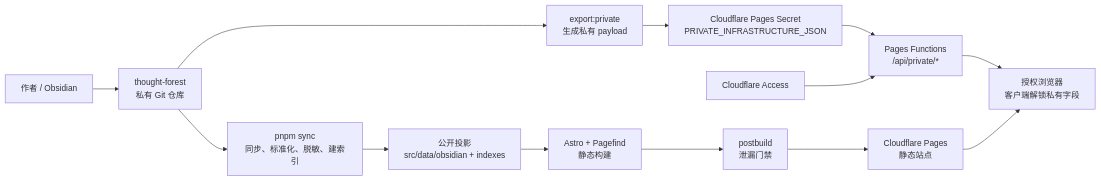
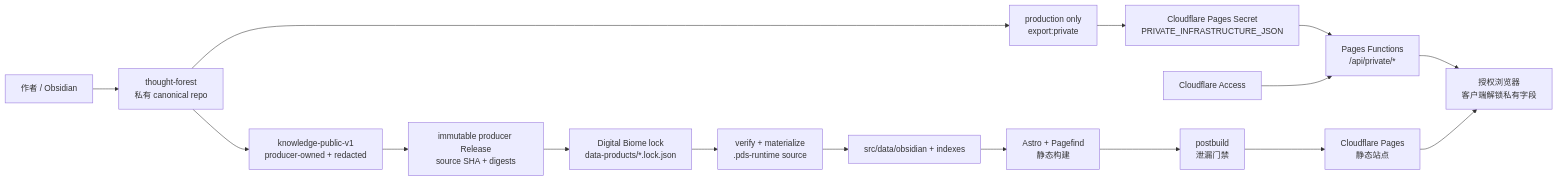
Before and after one commit to BakerSean168/digital-biome: the diagram in docs/architecture.md, drawn with Mermaid. The commit also changed other lines of this file and 31 other files, not shown here.

Commit message:
feat(data): build from immutable knowledge projection

````diff
--- a/docs/architecture.md
+++ b/docs/architecture.md
@@ -17,15 +17,18 @@
 ```mermaid
 flowchart LR
-  Author["作者 / Obsidian"] --> Vault["thought-forest\n私有 Git 仓库"]
-  Vault --> Sync["pnpm sync\n同步、标准化、脱敏、建索引"]
-  Sync --> PublicData["公开投影\nsrc/data/obsidian + indexes"]
-  Vault --> Exporter["export:private\n生成私有 payload"]
-  Exporter --> Secret["Cloudflare Pages Secret\nPRIVATE_INFRASTRUCTURE_JSON"]
+  Author["作者 / Obsidian"] --> Vault["thought-forest\n私有 canonical repo"]
+  Vault --> Projection["knowledge-public-v1\nproducer-owned + redacted"]
+  Projection --> ProducerRelease["immutable producer Release\nsource SHA + digests"]
+  ProducerRelease --> Lock["Digital Biome lock\ndata-products/*.lock.json"]
+  Lock --> Materialize["verify + materialize\n.pds-runtime source"]
+  Materialize --> PublicData["src/data/obsidian + indexes"]
   PublicData --> Build["Astro + Pagefind\n静态构建"]
   Build --> LeakGate["postbuild\n泄漏门禁"]
   LeakGate --> Pages["Cloudflare Pages\n静态站点"]
+  Vault --> Exporter["production only\nexport:private"]
+  Exporter --> Secret["Cloudflare Pages Secret\nPRIVATE_INFRASTRUCTURE_JSON"]
   Secret --> Functions["Pages Functions\n/api/private/*"]
   Access["Cloudflare Access"] --> Functions
   Functions --> Browser["授权浏览器\n客户端解锁私有字段"]
   Pages --> Browser
 ```
````
